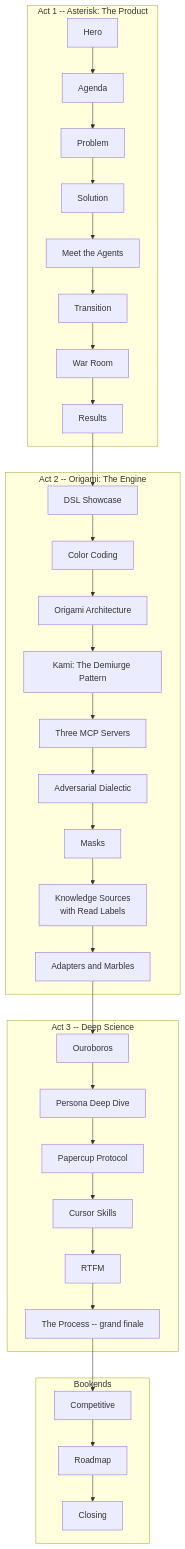
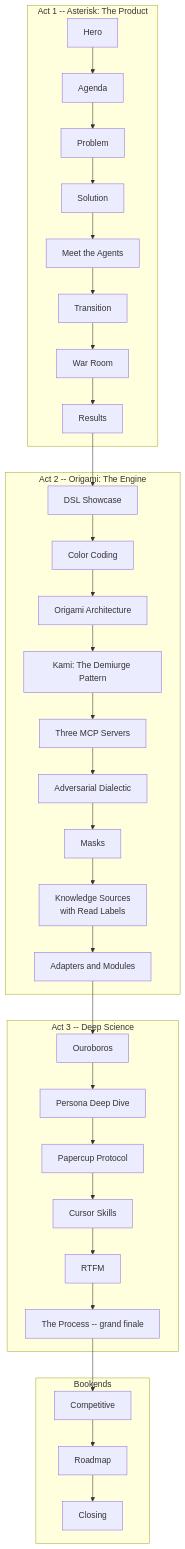
Before and after one commit to dpopsuev/asterisk: the third of 3 diagrams in .cursor/contracts/completed/polishing/improve-asterisk-kabuki-demo.md, drawn with Mermaid. The commit also changed other lines of this file and 9 other files, not shown here.

````diff
--- a/.cursor/contracts/completed/polishing/improve-asterisk-kabuki-demo.md
+++ b/.cursor/contracts/completed/polishing/improve-asterisk-kabuki-demo.md
@@ -88,45 +88,45 @@
 ```mermaid
 flowchart TB
     subgraph act1 [Act 1 -- Asterisk: The Product]
         Hero[Hero]
         Agenda[Agenda]
         Problem[Problem]
         Solution[Solution]
         Agents[Meet the Agents]
         Transition[Transition]
         WarRoom2[War Room]
         Results[Results]
     end
 
     subgraph act2 [Act 2 -- Origami: The Engine]
         DSL[DSL Showcase]
         Colors[Color Coding]
         OrigArch[Origami Architecture]
         KamiArch["Kami: The Demiurge Pattern"]
         MCPs["Three MCP Servers"]
         Dialectic["Adversarial Dialectic"]
         Masks_[Masks]
         KnowledgeSources["Knowledge Sources\nwith Read Labels"]
-        AdaptersMarbles[Adapters and Marbles]
+        AdaptersModules[Adapters and Modules]
     end
 
     subgraph act3 [Act 3 -- Deep Science]
         Ouroboros[Ouroboros]
         Personas[Persona Deep Dive]
         Papercup[Papercup Protocol]
         Skills[Cursor Skills]
         RTFM_["RTFM"]
         Process_["The Process -- grand finale"]
     end
 
     subgraph bookends [Bookends]
         Competitive[Competitive]
         Roadmap[Roadmap]
         Closing[Closing]
     end
 
     Hero --> Agenda --> Problem --> Solution --> Agents --> Transition --> WarRoom2 --> Results
-    Results --> DSL --> Colors --> OrigArch --> KamiArch --> MCPs --> Dialectic --> Masks_ --> KnowledgeSources --> AdaptersMarbles
-    AdaptersMarbles --> Ouroboros --> Personas --> Papercup --> Skills --> RTFM_ --> Process_
+    Results --> DSL --> Colors --> OrigArch --> KamiArch --> MCPs --> Dialectic --> Masks_ --> KnowledgeSources --> AdaptersModules
+    AdaptersModules --> Ouroboros --> Personas --> Papercup --> Skills --> RTFM_ --> Process_
     Process_ --> Competitive --> Roadmap --> Closing
 ```
````
